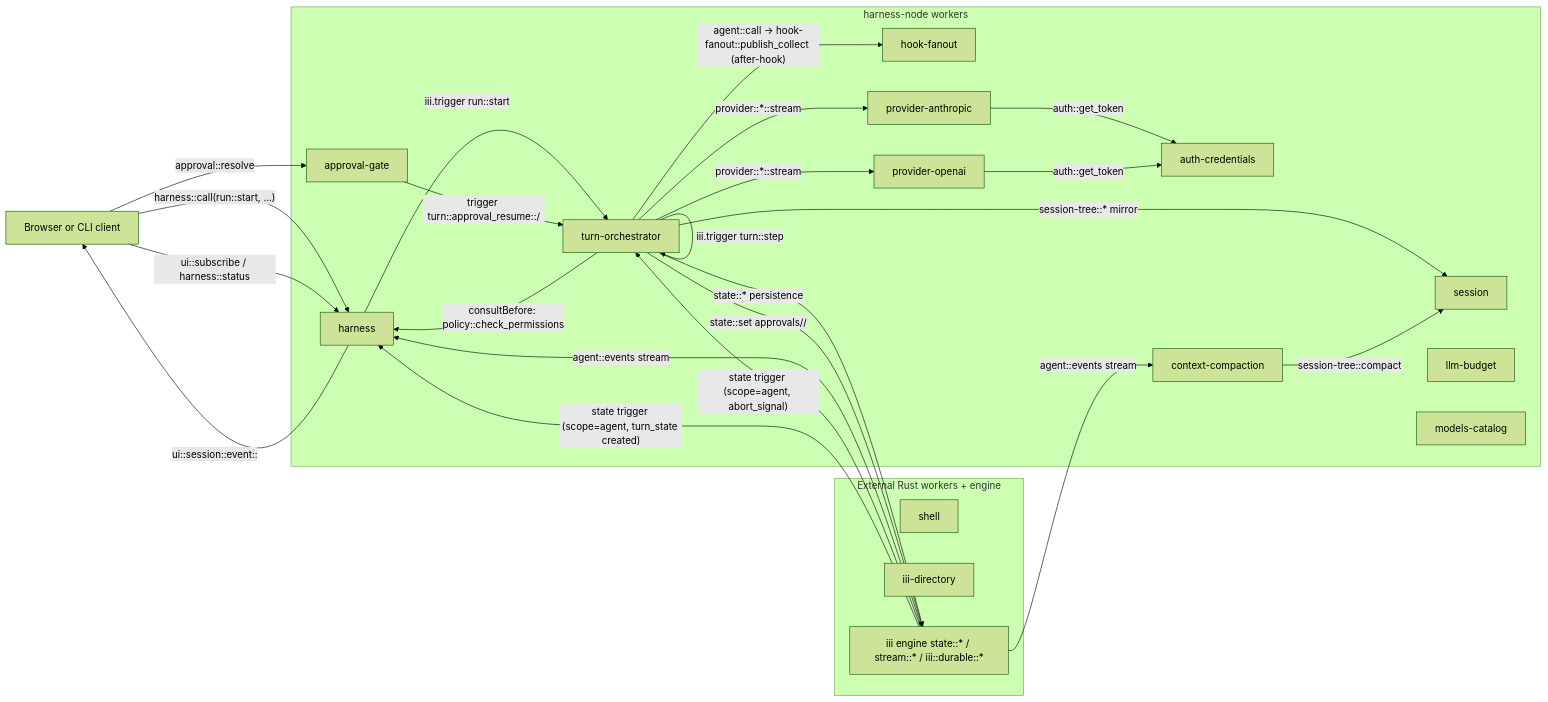
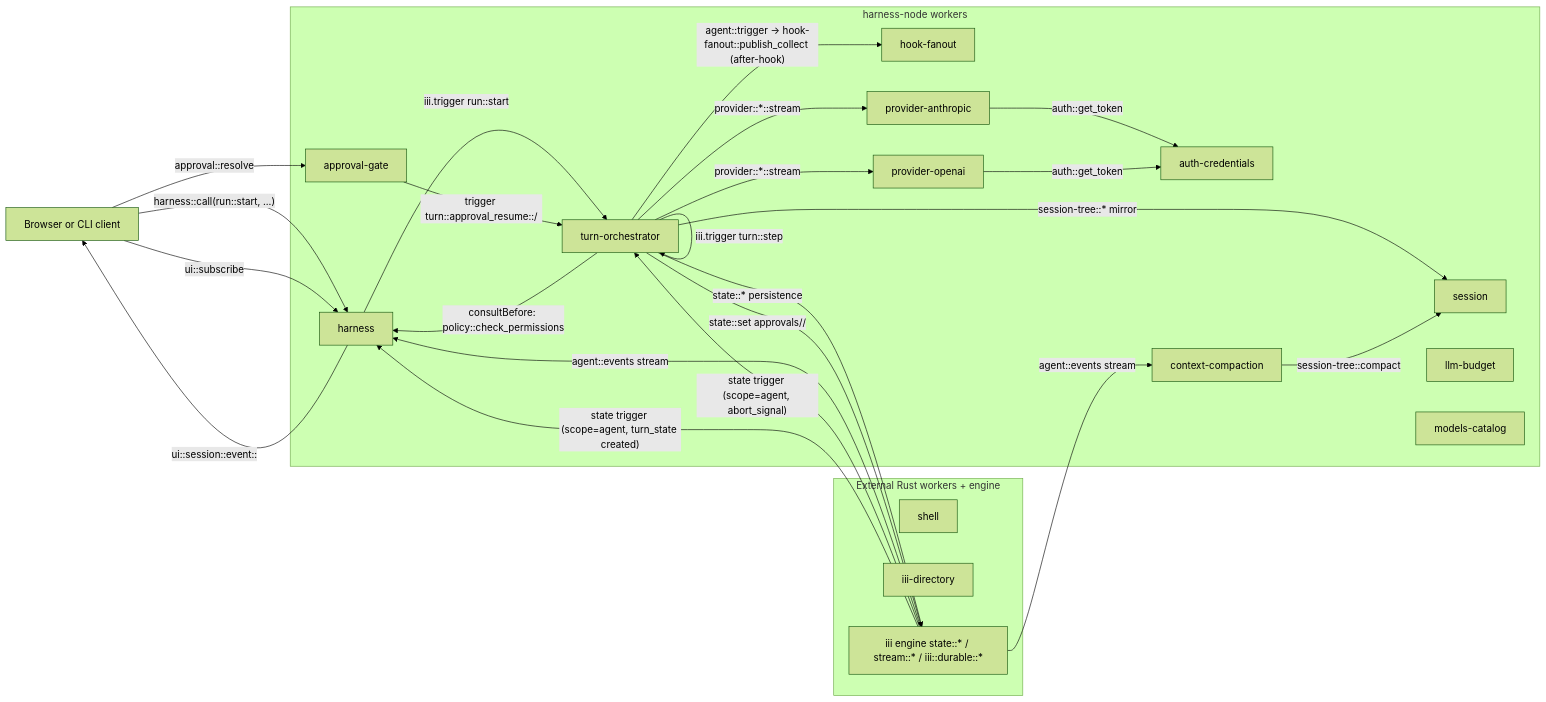
One commit to iii-hq/workers changed the first of 5 diagrams in harness-node/docs/architecture.md. Above: the diagram before and after it, drawn with Mermaid (forest theme). The commit also changed other lines of this file and 21 other files, not shown here.

First line of the commit message:
Remove unused harness::status and rename agent call to agent trigger.

````diff
--- a/harness-node/docs/architecture.md
+++ b/harness-node/docs/architecture.md
@@ -35,50 +35,50 @@
 ```mermaid
 flowchart LR
   client[Browser or CLI client]
 
   subgraph harnessNode [harness-node workers]
     harness[harness]
     turnOrch[turn-orchestrator]
     approval[approval-gate]
     session[session]
     budget[llm-budget]
     hook[hook-fanout]
     auth[auth-credentials]
     models[models-catalog]
     provAnth[provider-anthropic]
     provOAI[provider-openai]
     compact[context-compaction]
   end
 
   subgraph external [External Rust workers + engine]
     shell[shell]
     directory[iii-directory]
     state["iii engine state::* / stream::* / iii::durable::*"]
   end
 
   client -- "harness::call(run::start, ...)" --> harness
   harness -- "iii.trigger run::start" --> turnOrch
-  client -- "ui::subscribe / harness::status" --> harness
+  client -- "ui::subscribe" --> harness
 
   turnOrch -- "provider::*::stream" --> provAnth
   turnOrch -- "provider::*::stream" --> provOAI
   turnOrch -- "consultBefore: policy::check_permissions" --> harness
-  turnOrch -- "agent::call → hook-fanout::publish_collect (after-hook)" --> hook
+  turnOrch -- "agent::trigger → hook-fanout::publish_collect (after-hook)" --> hook
   turnOrch -- "session-tree::* mirror" --> session
   turnOrch -- "state::* persistence" --> state
 
   client -- "approval::resolve" --> approval
   approval -- "trigger turn::approval_resume::<sid>/<cid>" --> turnOrch
   turnOrch -- "state::set approvals/<sid>/<cid>" --> state
   turnOrch -- "iii.trigger turn::step" --> turnOrch
 
   provAnth -- "auth::get_token" --> auth
   provOAI -- "auth::get_token" --> auth
 
   state -- "agent::events stream" --> harness
   state -- "agent::events stream" --> compact
   state -- "state trigger (scope=agent, abort_signal)" --> turnOrch
   state -- "state trigger (scope=agent, turn_state created)" --> harness
   harness -- "ui::session::event::<browser_id>" --> client
   compact -- "session-tree::compact" --> session
 ```
````
